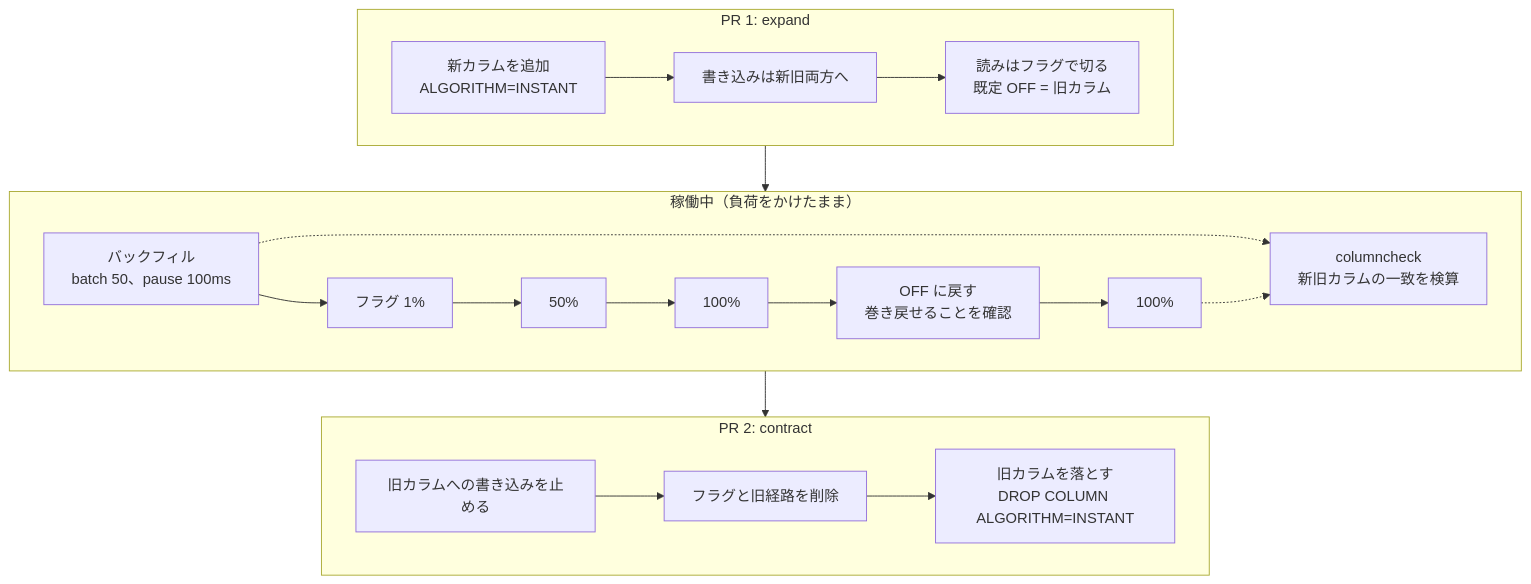
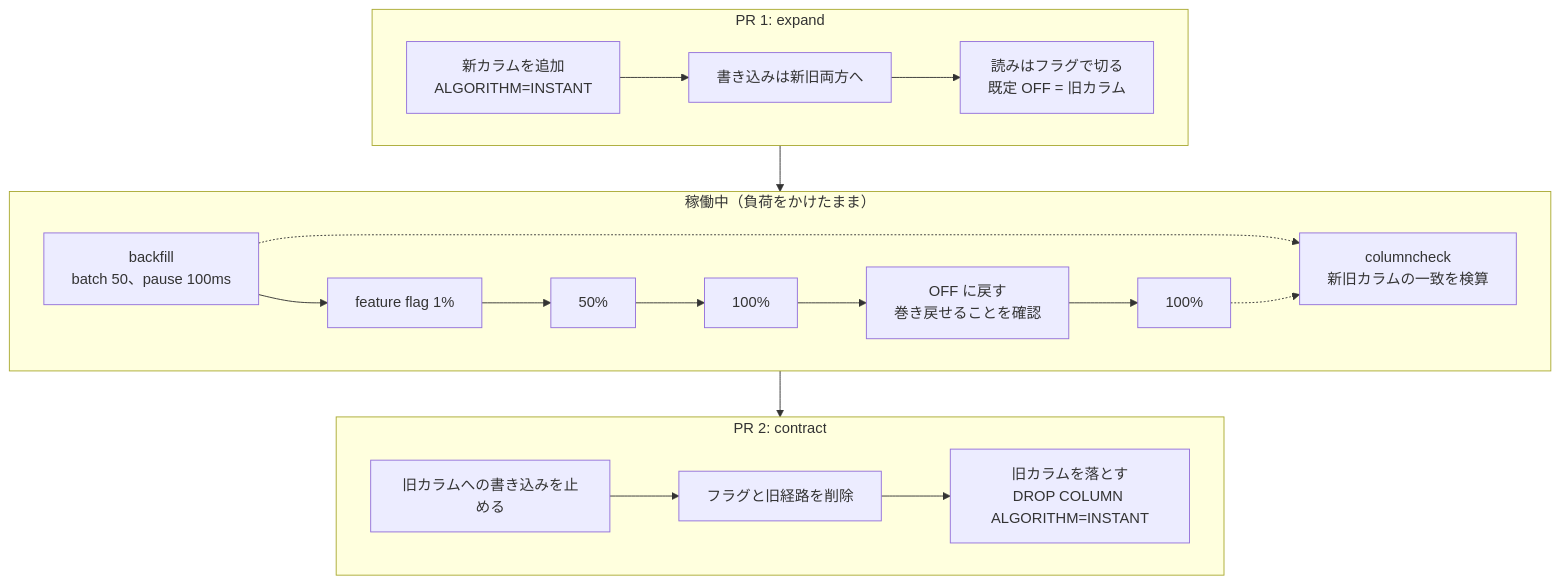
Before and after one commit to rikukaInoue/rikukadev: the fifth of 7 diagrams in src/content/blog/progressive-delivery-intro.mdx, drawn with Mermaid. The commit also changed other lines of this file and 5 other files, not shown here.

First line of the commit message:
列挙と図の並びは英語に統一。用語表に近い語(exactly-once・rolling update・SLI/SLO/SLA 等)を足す

````diff
--- a/src/content/blog/progressive-delivery-intro.mdx
+++ b/src/content/blog/progressive-delivery-intro.mdx
@@ -232,15 +232,15 @@
 ```mermaid
 flowchart TB
     subgraph pr1["PR 1: expand"]
         E1["新カラムを追加<br/>ALGORITHM=INSTANT"] --> E2["書き込みは新旧両方へ"] --> E3["読みはフラグで切る<br/>既定 OFF = 旧カラム"]
     end
     subgraph run["稼働中（負荷をかけたまま）"]
-        B1["バックフィル<br/>batch 50、pause 100ms"] --> F1["フラグ 1%"] --> F2["50%"] --> F3["100%"] --> F4["OFF に戻す<br/>巻き戻せることを確認"] --> F5["100%"]
+        B1["backfill<br/>batch 50、pause 100ms"] --> F1["feature flag 1%"] --> F2["50%"] --> F3["100%"] --> F4["OFF に戻す<br/>巻き戻せることを確認"] --> F5["100%"]
         B1 -.-> K["columncheck<br/>新旧カラムの一致を検算"]
         F5 -.-> K
     end
     subgraph pr2["PR 2: contract"]
         C1["旧カラムへの書き込みを止める"] --> C2["フラグと旧経路を削除"] --> C3["旧カラムを落とす<br/>DROP COLUMN ALGORITHM=INSTANT"]
     end
     pr1 --> run --> pr2
 ```
````
